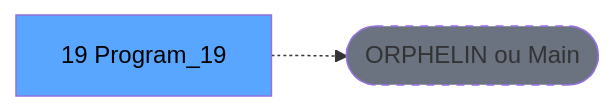
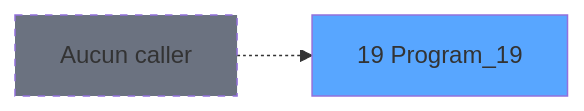
Before and after one commit to thonyAGP/lecteur-magic: the second of 3 diagrams in .openspec/specs/ADH-IDE-19.md, drawn with Mermaid. The commit also changed other lines of this file and 96 other files, not shown here.

````diff
--- a/.openspec/specs/ADH-IDE-19.md
+++ b/.openspec/specs/ADH-IDE-19.md
@@ -117,8 +104,8 @@
 ```mermaid
 graph LR
-    T[19 Program_19]
-    ORPHAN([ORPHELIN ou Main])
-    T -.-> ORPHAN
-    style T fill:#58a6ff,color:#000
-    style ORPHAN fill:#6b7280,stroke-dasharray: 5 5
+    T19[19 Program_19]
+    style T19 fill:#58a6ff
+    NONE[Aucun caller]
+    NONE -.-> T19
+    style NONE fill:#6b7280,stroke-dasharray: 5 5
 ```
````
